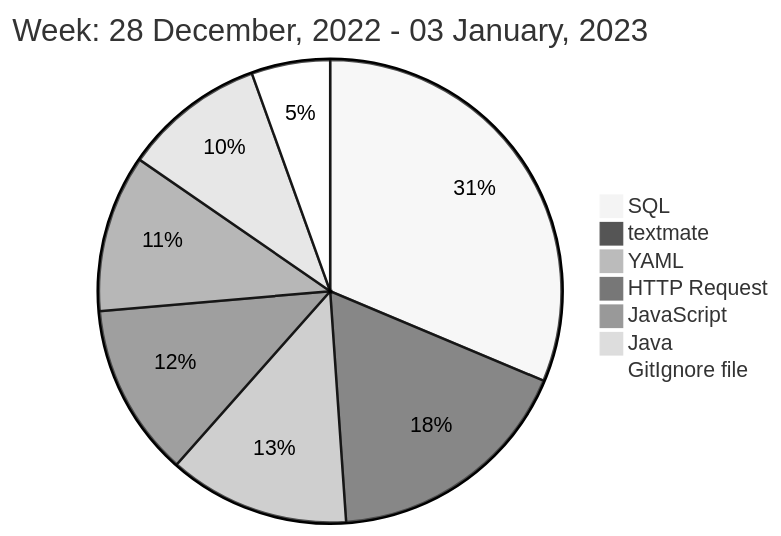
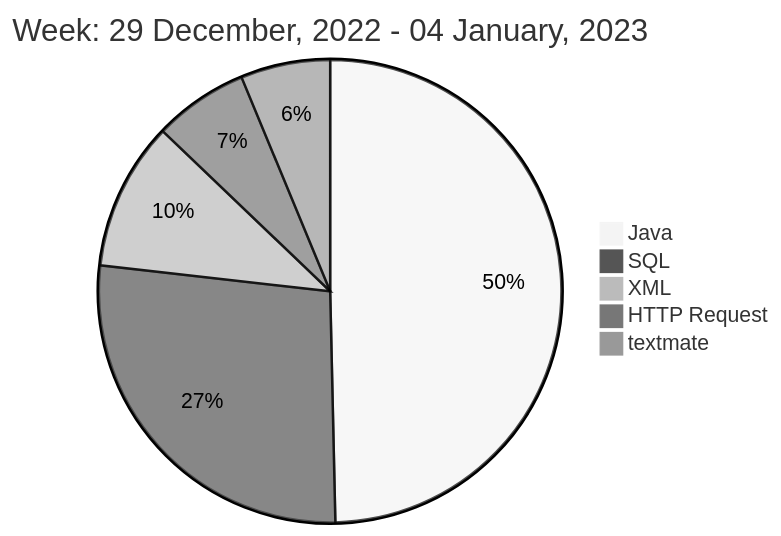
Before and after one commit to liubin95/liubin95: the diagram in README.md, drawn with Mermaid (neutral theme).

Commit message:
Updated the Graph with new Metrics

````diff
--- a/README.md
+++ b/README.md
@@ -40,11 +40,9 @@
 ```mermaid
  pie
-title Week: 28 December, 2022 - 03 January, 2023
- "SQL" : 0.57
- "textmate" : 0.32
- "YAML" : 0.23
- "HTTP Request" : 0.22
- "JavaScript" : 0.2
- "Java" : 0.18
- "GitIgnore file" : 0.1
+title Week: 29 December, 2022 - 04 January, 2023
+ "Java" : 2.78
+ "SQL" : 1.52
+ "XML" : 0.58
+ "HTTP Request" : 0.37
+ "textmate" : 0.35
 ```
````
